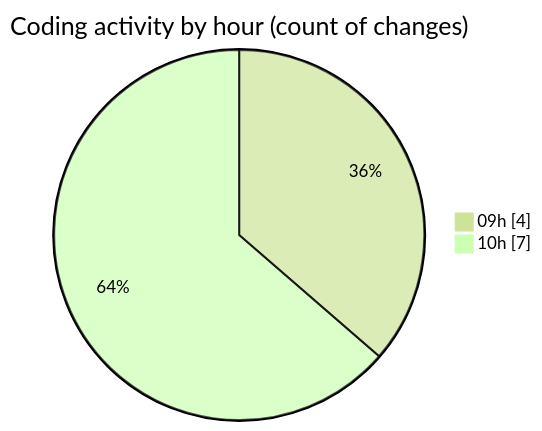
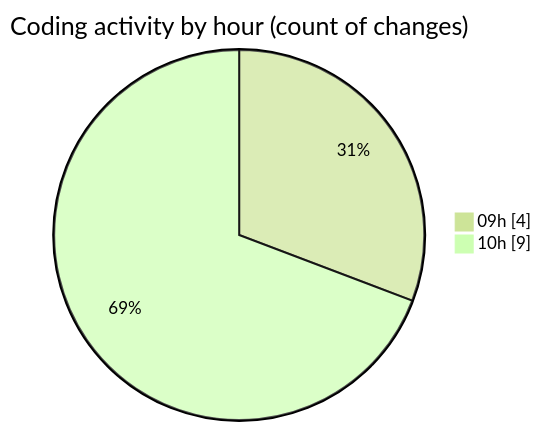
Before and after one commit to NitaiMahat/code-tracking: the second of 2 diagrams in 2025-02-05/recipe-page-main/README.md, drawn with Mermaid (forest theme). The commit also changed other lines of this file and 1 other file, not shown here.

````diff
--- a/2025-02-05/recipe-page-main/README.md
+++ b/2025-02-05/recipe-page-main/README.md
@@ -28,6 +28,6 @@
 ```mermaid
 pie showData
 title Coding activity by hour (count of changes)
 "09h" : 4
-"10h" : 7
+"10h" : 9
 ```
````
